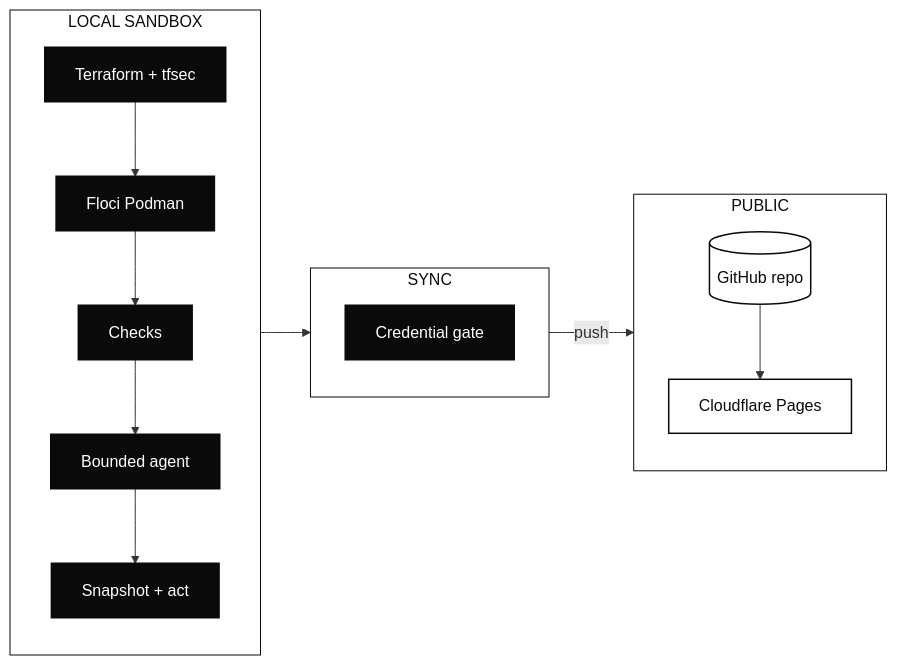
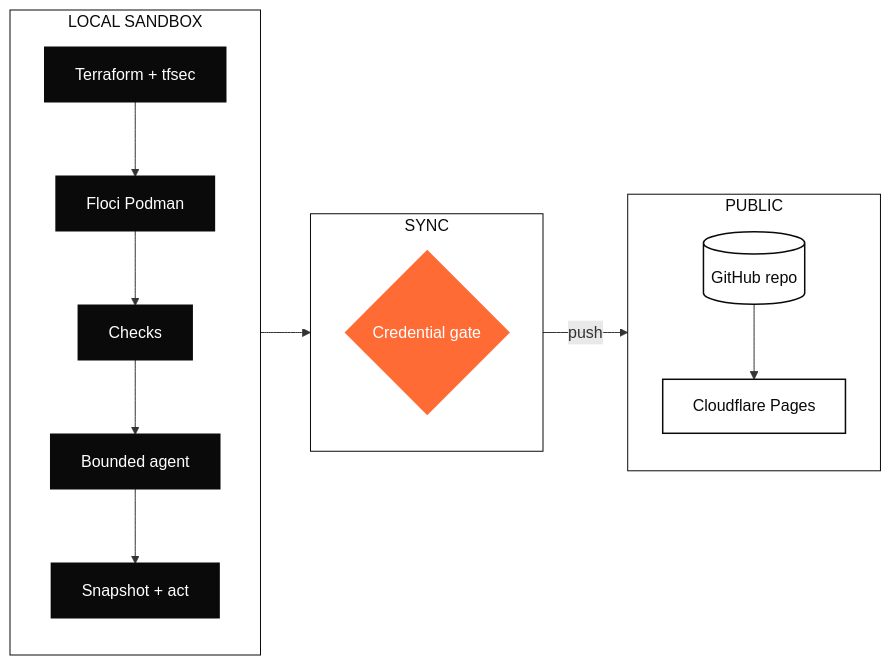
The diagram in docs/diagrams/local-sandbox.mmd (arifbazli/shift-left-cloud-sandbox), drawn with Mermaid before and after one commit. The commit also changed 8 other files, not shown here.

First line of the commit message:
style(diagrams): apply 2026 modern aesthetic (frosted cards + amber accent)

```diff
--- a/docs/diagrams/local-sandbox.mmd
+++ b/docs/diagrams/local-sandbox.mmd
@@ -1,36 +1,37 @@
 flowchart LR
     subgraph L["LOCAL SANDBOX"]
         direction TB
         TF["Terraform + tfsec"]
         FL["Floci Podman"]
         CK["Checks"]
         AG["Bounded agent"]
         SN["Snapshot + act"]
         TF --> FL --> CK --> AG --> SN
     end
 
     subgraph SY["SYNC"]
         direction TB
-        GATE["Credential gate"]
+        GATE{"Credential gate"}
         SN --> GATE
     end
 
     subgraph C["PUBLIC"]
         direction TB
         REPO[("GitHub repo")]
         PAGES["Cloudflare Pages"]
         REPO --> PAGES
     end
 
     GATE -->|"push"| REPO
 
-    %% Cluster backgrounds: white with thin black border.
+    %% 2026 modern aesthetic: black-and-white shape language with one
+    %% warm amber accent reserved for the security choke-point (GATE).
     classDef section fill:#ffffff,stroke:#0a0a0a,color:#0a0a0a,stroke-width:1px
     classDef black fill:#0a0a0a,stroke:#0a0a0a,color:#ffffff,stroke-width:2px
     classDef white fill:#ffffff,stroke:#0a0a0a,color:#0a0a0a,stroke-width:1.5px
-    classDef diamond fill:#0a0a0a,stroke:#0a0a0a,color:#ffffff,stroke-width:2px
+    classDef diamond fill:#ff6b35,stroke:#ff6b35,color:#ffffff,stroke-width:2px
 
     class L,SY,C section
     class TF,FL,CK,AG,SN black
     class GATE diamond
     class REPO,PAGES white
```
